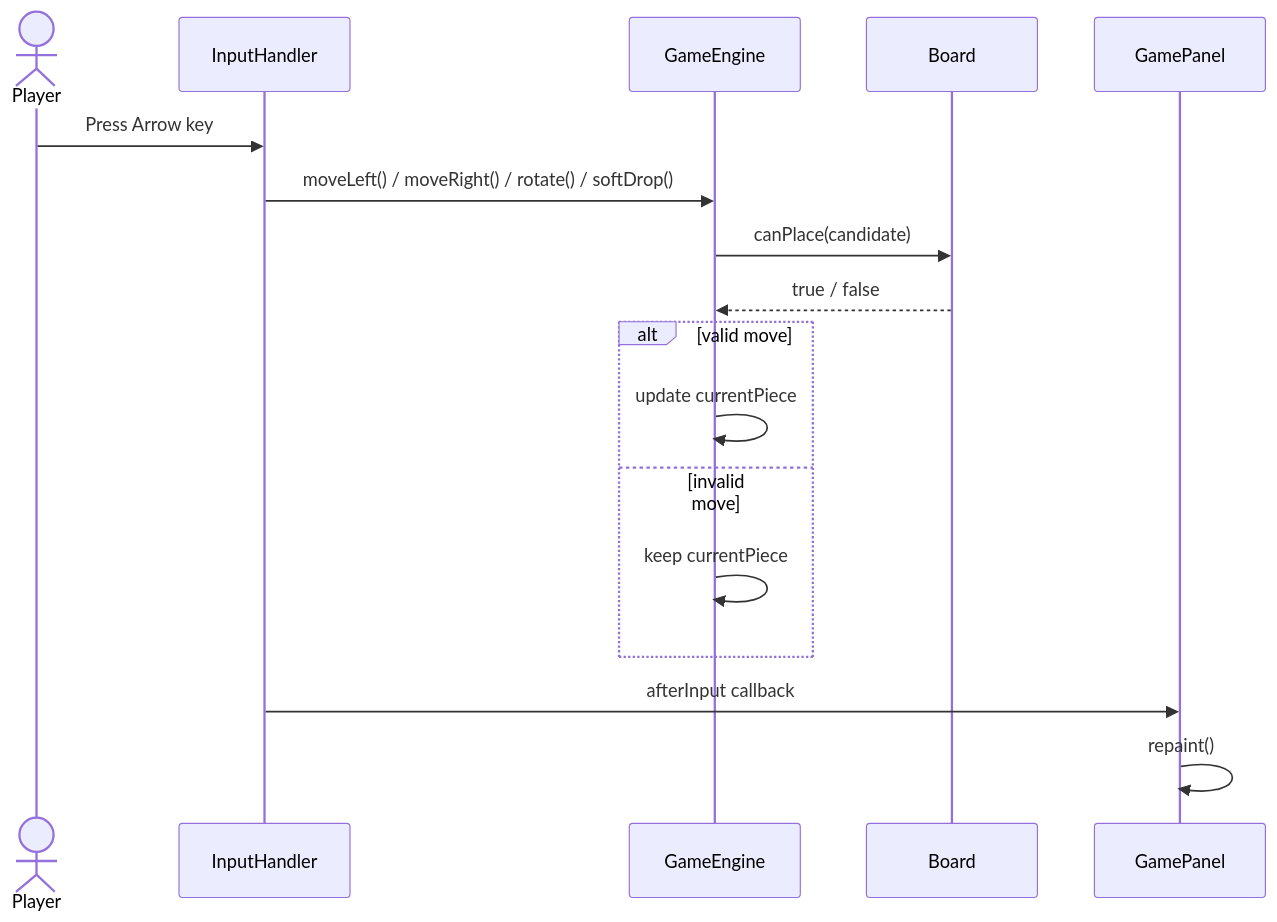
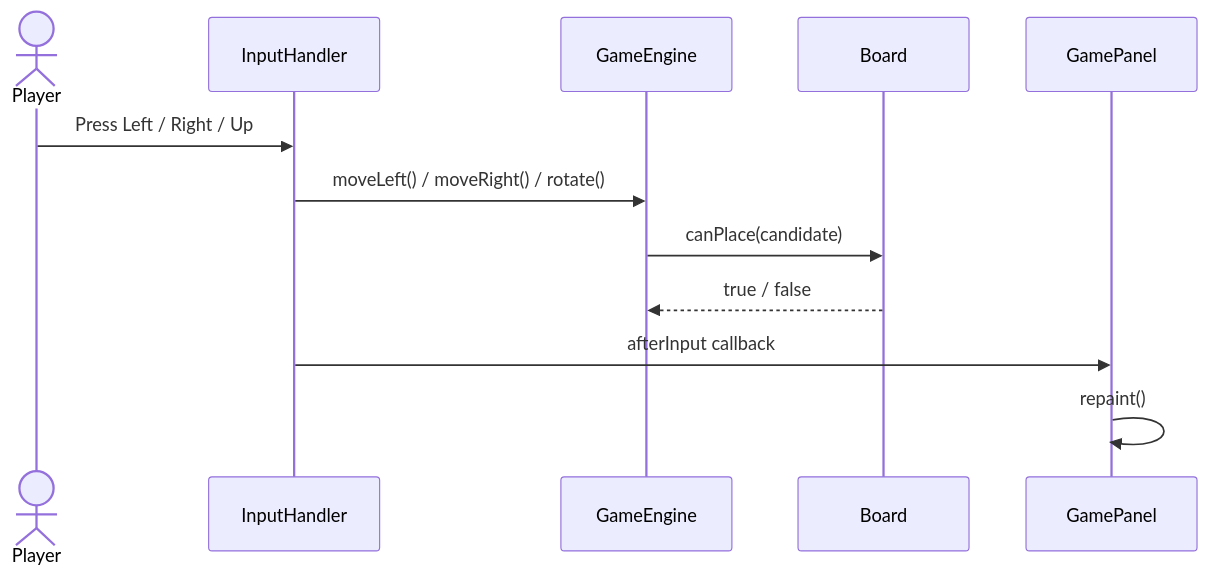
One commit to sheng-luen-chung/java-swing-tetris changed the fourth of 11 diagrams in docs/uml-class-design.md. Above: the diagram before and after it, drawn with Mermaid. The commit also changed other lines of this file, not shown here.

Commit message:
重構 UML scenario 文件

````diff
--- a/docs/uml-class-design.md
+++ b/docs/uml-class-design.md
@@ -234,20 +265,15 @@
 ```mermaid
 sequenceDiagram
     actor Player
     participant InputHandler
     participant GameEngine
     participant Board
     participant GamePanel
 
-    Player->>InputHandler: Press Arrow key
-    InputHandler->>GameEngine: moveLeft() / moveRight() / rotate() / softDrop()
+    Player->>InputHandler: Press Left / Right / Up
+    InputHandler->>GameEngine: moveLeft() / moveRight() / rotate()
     GameEngine->>Board: canPlace(candidate)
     Board-->>GameEngine: true / false
-    alt valid move
-        GameEngine->>GameEngine: update currentPiece
-    else invalid move
-        GameEngine->>GameEngine: keep currentPiece
-    end
     InputHandler->>GamePanel: afterInput callback
     GamePanel->>GamePanel: repaint()
 ```
````
